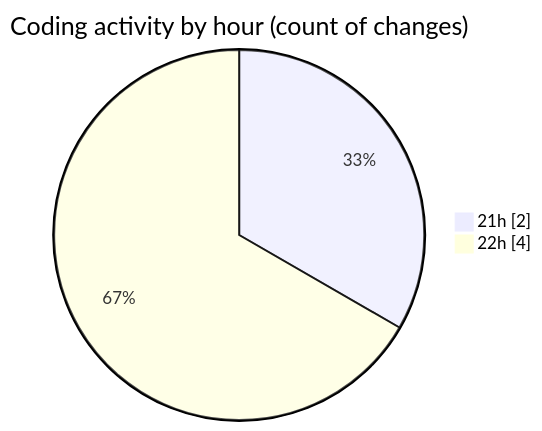
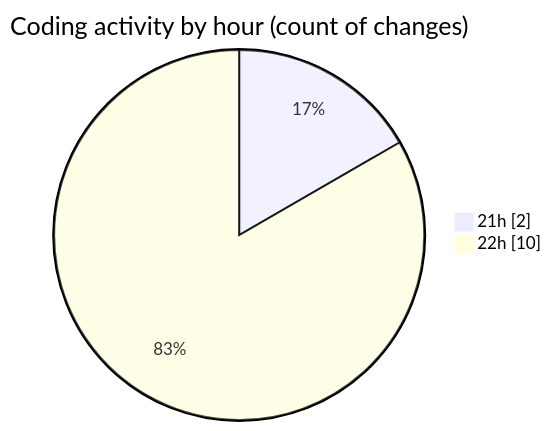
One commit to EIIisD/code-tracking changed the second of 2 diagrams in 2025-07-26/vtuber/README.md. Above: the diagram before and after it, drawn with Mermaid. The commit also changed other lines of this file and 1 other file, not shown here.

````diff
--- a/2025-07-26/vtuber/README.md
+++ b/2025-07-26/vtuber/README.md
@@ -31,6 +31,6 @@
 ```mermaid
 pie showData
 title Coding activity by hour (count of changes)
 "21h" : 2
-"22h" : 4
+"22h" : 10
 ```
````
